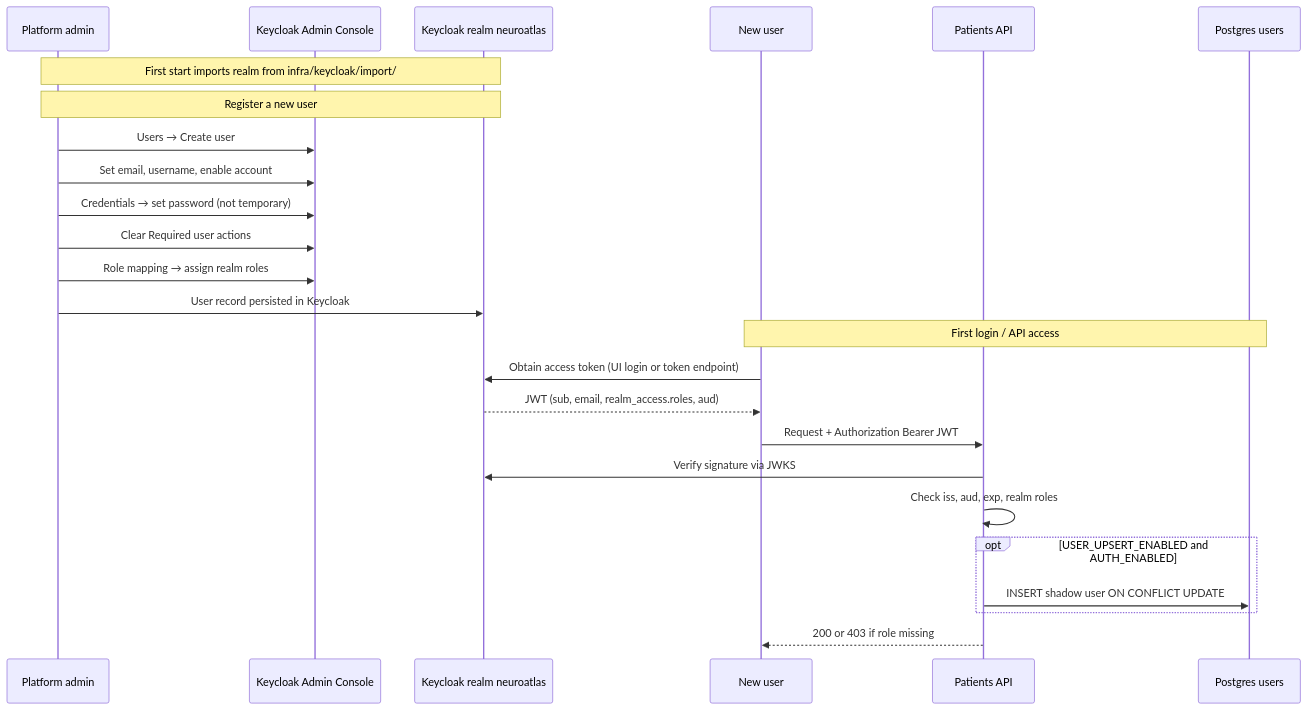
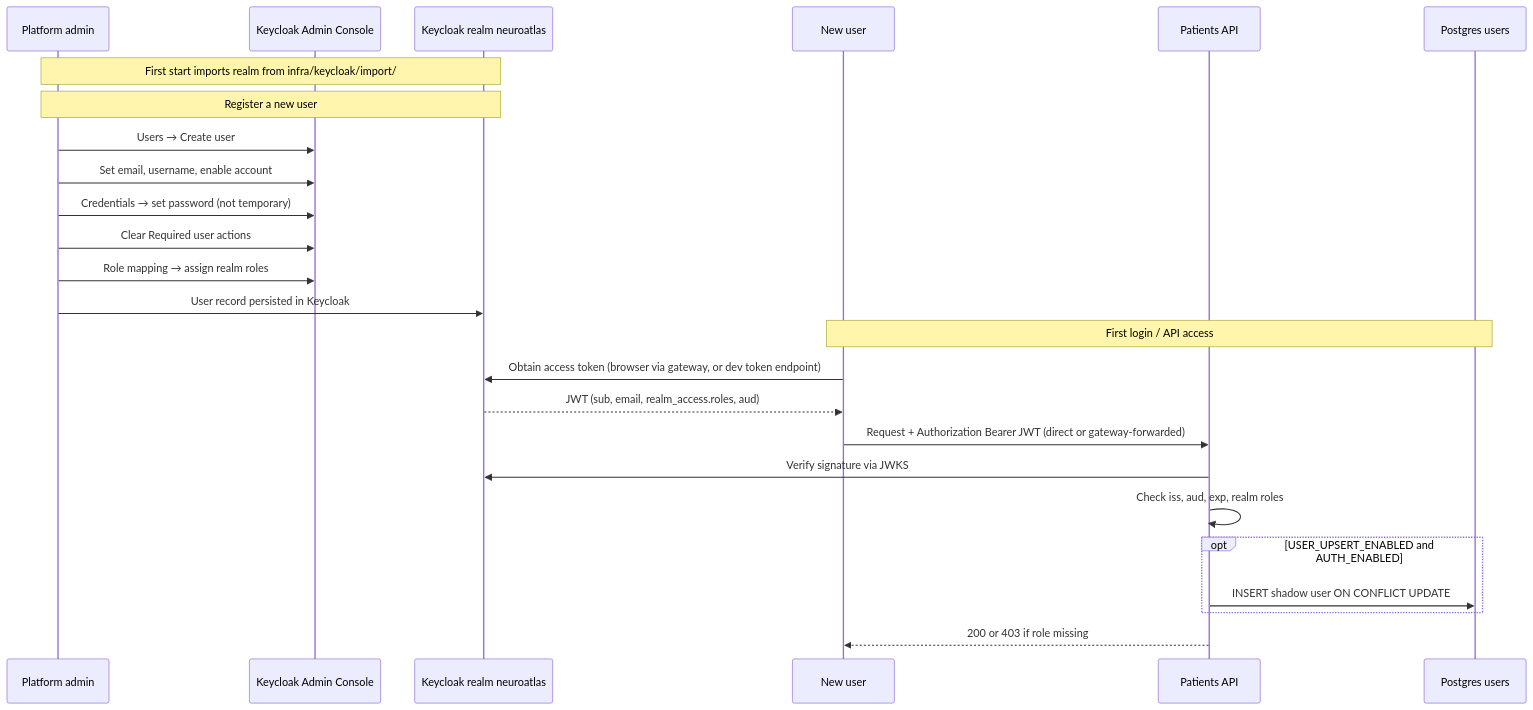
One commit to neurojihad/neuroatlas-ai changed the diagram in docs/diagrams/auth-keycloak-user-registration.md. Above: the diagram before and after it, drawn with Mermaid. The commit also changed other lines of this file and 9 other files, not shown here.

Commit message:
NLS-007: fix diagrams

````diff
--- a/docs/diagrams/auth-keycloak-user-registration.md
+++ b/docs/diagrams/auth-keycloak-user-registration.md
@@ -10,30 +10,30 @@
 ```mermaid
 sequenceDiagram
     participant Admin as Platform admin
     participant KCUI as Keycloak Admin Console
     participant KC as Keycloak realm neuroatlas
     participant User as New user
     participant API as Patients API
     participant DB as Postgres users
 
     Note over Admin,KC: First start imports realm from infra/keycloak/import/
 
     Note over Admin,KC: Register a new user
     Admin->>KCUI: Users → Create user
     Admin->>KCUI: Set email, username, enable account
     Admin->>KCUI: Credentials → set password (not temporary)
     Admin->>KCUI: Clear Required user actions
     Admin->>KCUI: Role mapping → assign realm roles
     Admin->>KC: User record persisted in Keycloak
 
     Note over User,DB: First login / API access
-    User->>KC: Obtain access token (UI login or token endpoint)
+    User->>KC: Obtain access token (browser via gateway, or dev token endpoint)
     KC-->>User: JWT (sub, email, realm_access.roles, aud)
-    User->>API: Request + Authorization Bearer JWT
+    User->>API: Request + Authorization Bearer JWT (direct or gateway-forwarded)
     API->>KC: Verify signature via JWKS
     API->>API: Check iss, aud, exp, realm roles
     opt USER_UPSERT_ENABLED and AUTH_ENABLED
         API->>DB: INSERT shadow user ON CONFLICT UPDATE
     end
     API-->>User: 200 or 403 if role missing
 ```
````
